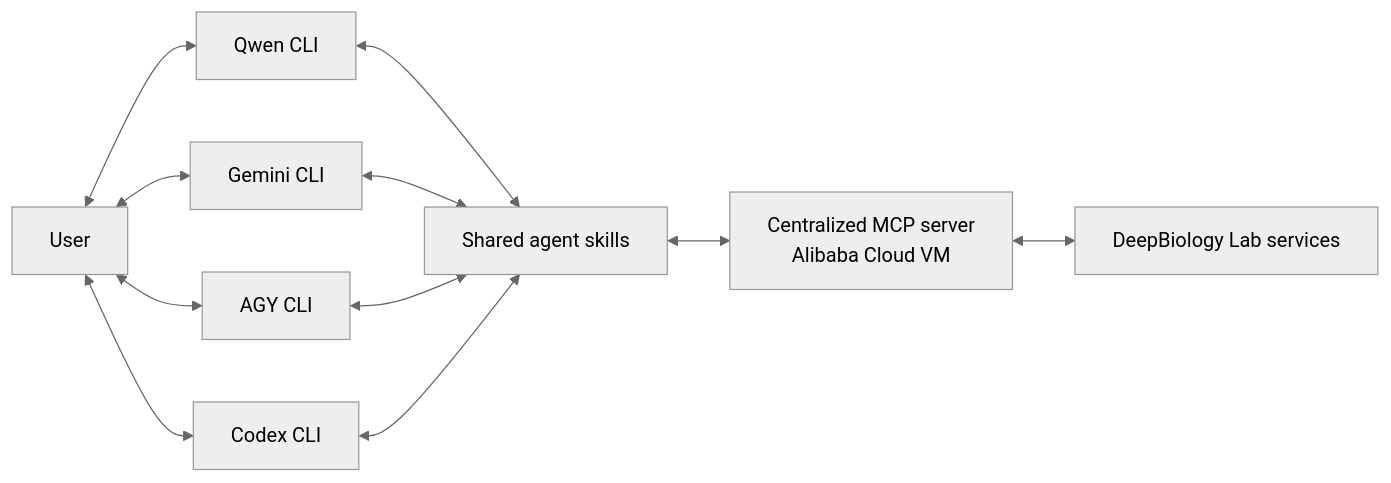
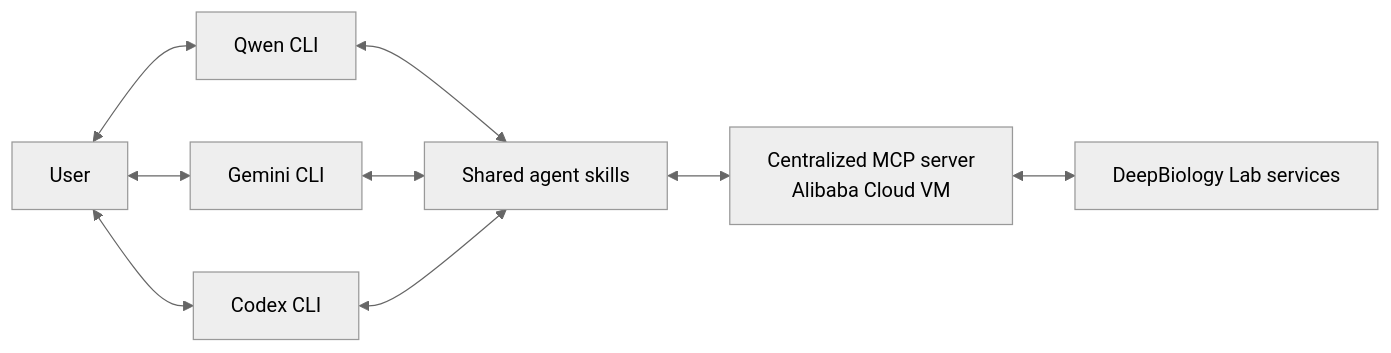
The diagram in README.md (DeepBiology/deepbiology-lab), drawn with Mermaid (neutral theme) before and after one commit. The commit also changed other lines of this file and 8 other files, not shown here.

````diff
--- a/README.md
+++ b/README.md
@@ -140,13 +111,11 @@
 ```mermaid
 flowchart LR
     U[User] <--> Q[Qwen CLI]
     U <--> G[Gemini CLI]
-    U <--> A[AGY CLI]
     U <--> C[Codex CLI]
     Q <--> S[Shared agent skills]
     G <--> S
-    A <--> S
     C <--> S
     S <--> M[Centralized MCP server<br/>Alibaba Cloud VM]
     M <--> D[DeepBiology Lab services]
 ```
````
